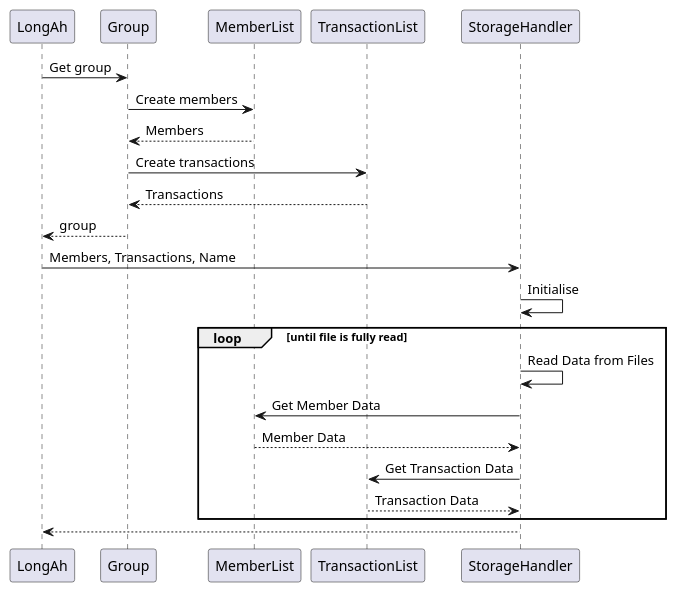
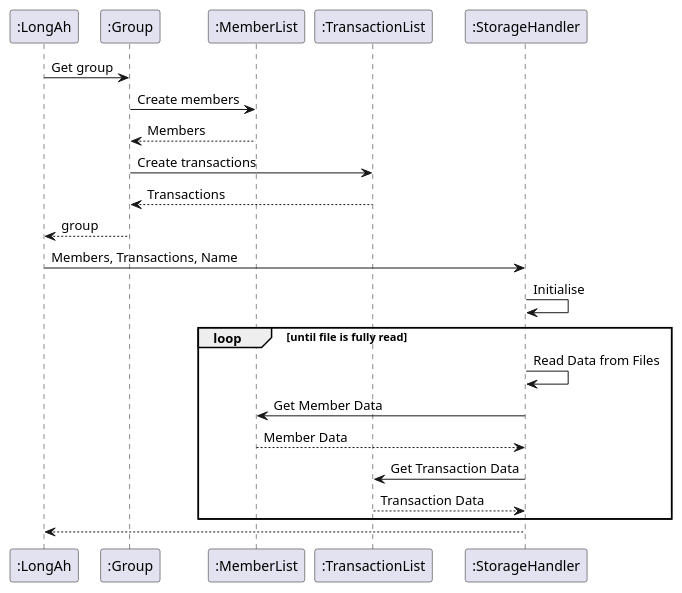
Before and after one commit to jing-xiang/tp: the diagram in docs/diagrams/StorageHandlerInitSequenceDiagram.puml, drawn with PlantUML. The commit also changed 4 other files, not shown here.

```diff
--- a/docs/diagrams/StorageHandlerInitSequenceDiagram.puml
+++ b/docs/diagrams/StorageHandlerInitSequenceDiagram.puml
@@ -1,24 +1,24 @@
 @startuml
-participant LongAh
-participant Group
-participant MemberList
-participant TransactionList
-participant StorageHandler
+participant ":LongAh"
+participant ":Group"
+participant ":MemberList"
+participant ":TransactionList"
+participant ":StorageHandler"
 
-LongAh -> Group: Get group
-Group -> MemberList: Create members
-MemberList --> Group: Members
-Group -> TransactionList: Create transactions
-TransactionList --> Group: Transactions
-Group --> LongAh: group
-LongAh -> StorageHandler: Members, Transactions, Name
-StorageHandler -> StorageHandler: Initialise 
+":LongAh" -> ":Group": Get group
+":Group" -> ":MemberList": Create members
+":MemberList" --> ":Group": Members
+":Group" -> ":TransactionList": Create transactions
+":TransactionList" --> ":Group": Transactions
+":Group" --> ":LongAh": group
+":LongAh" -> ":StorageHandler": Members, Transactions, Name
+":StorageHandler" -> ":StorageHandler": Initialise 
 loop until file is fully read
-StorageHandler -> StorageHandler: Read Data from Files
-StorageHandler -> MemberList: Get Member Data
-MemberList --> StorageHandler : Member Data
-StorageHandler -> TransactionList: Get Transaction Data
-TransactionList --> StorageHandler : Transaction Data
+":StorageHandler" -> ":StorageHandler": Read Data from Files
+":StorageHandler" -> ":MemberList": Get Member Data
+":MemberList" --> ":StorageHandler" : Member Data
+":StorageHandler" -> ":TransactionList": Get Transaction Data
+":TransactionList" --> ":StorageHandler" : Transaction Data
 end
-StorageHandler --> LongAh
+":StorageHandler" --> ":LongAh"
 @enduml
```
